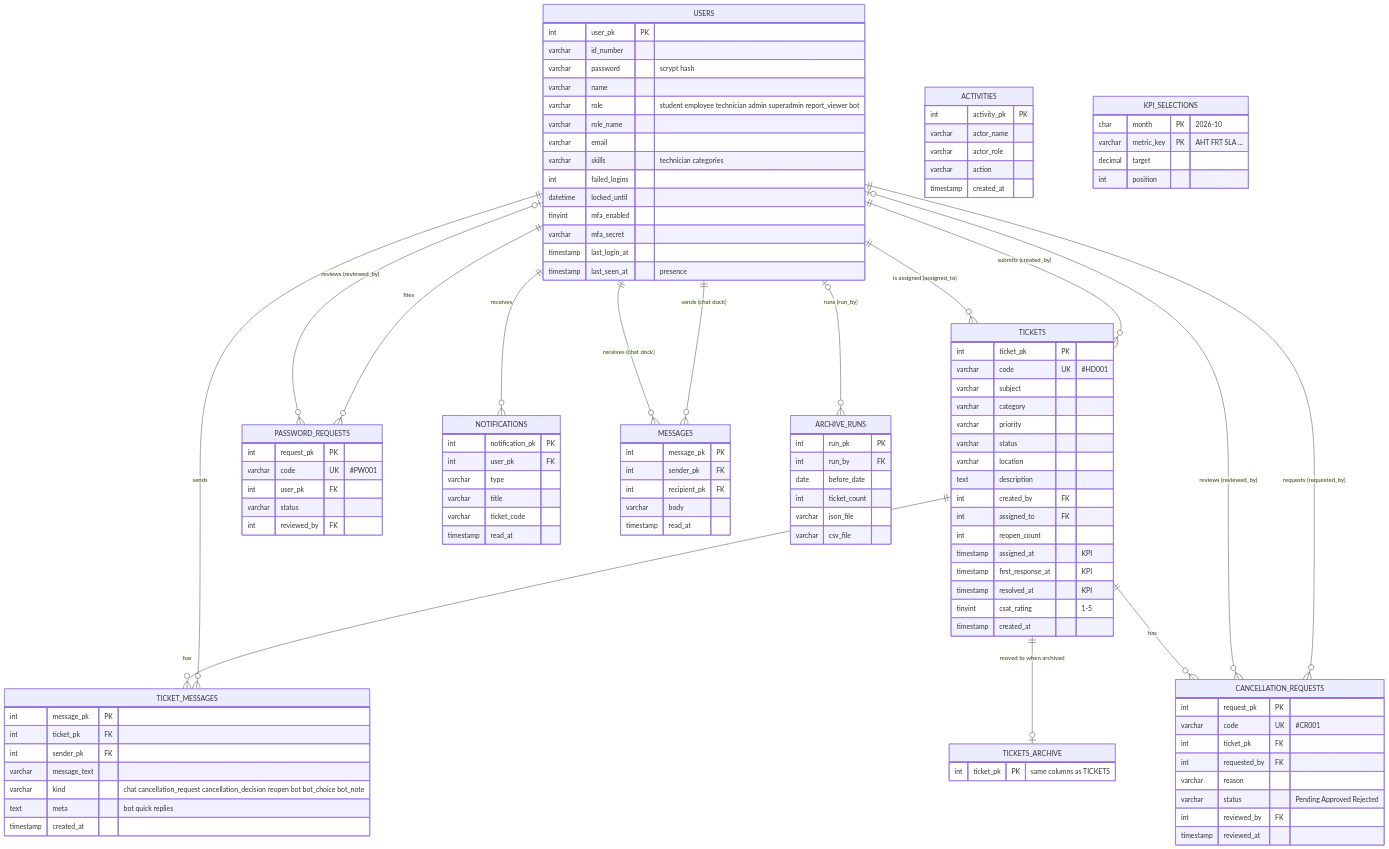
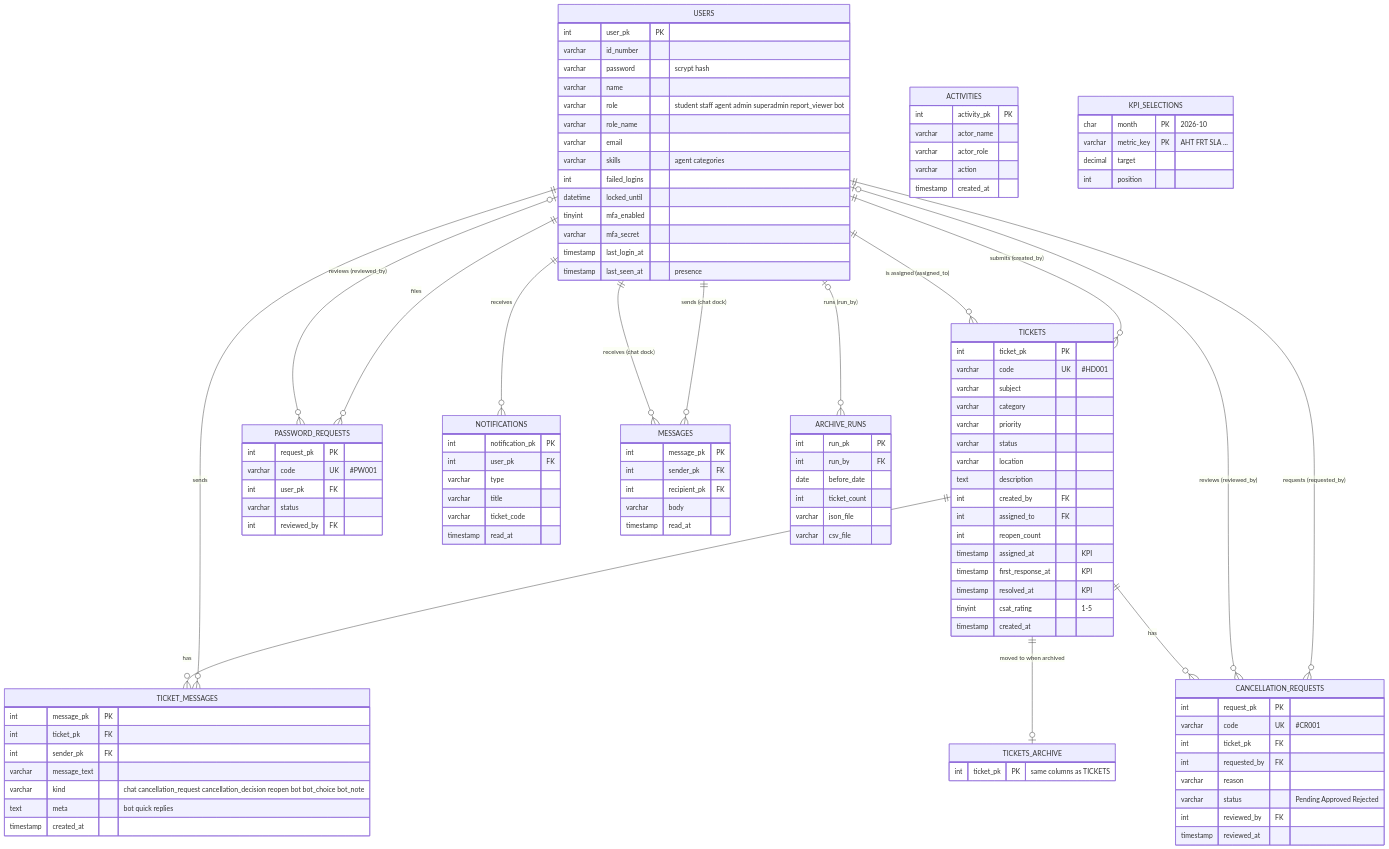
One commit to Ianisraelxd/my-itTicketapp changed the diagram in docs/REPORT-METRICS-AND-ERD.md. Above: the diagram before and after it, drawn with Mermaid. The commit also changed other lines of this file and 22 other files, not shown here.

Commit message:
Rename roles: Employee -> University Staff (staff), Technician -> Agent (agent)

```diff
--- a/docs/REPORT-METRICS-AND-ERD.md
+++ b/docs/REPORT-METRICS-AND-ERD.md
@@ -61,10 +61,10 @@
         varchar id_number
         varchar password "scrypt hash"
         varchar name
-        varchar role "student employee technician admin superadmin report_viewer bot"
+        varchar role "student staff agent admin superadmin report_viewer bot"
         varchar role_name
         varchar email
-        varchar skills "technician categories"
+        varchar skills "agent categories"
         int failed_logins
         datetime locked_until
         tinyint mfa_enabled
```
